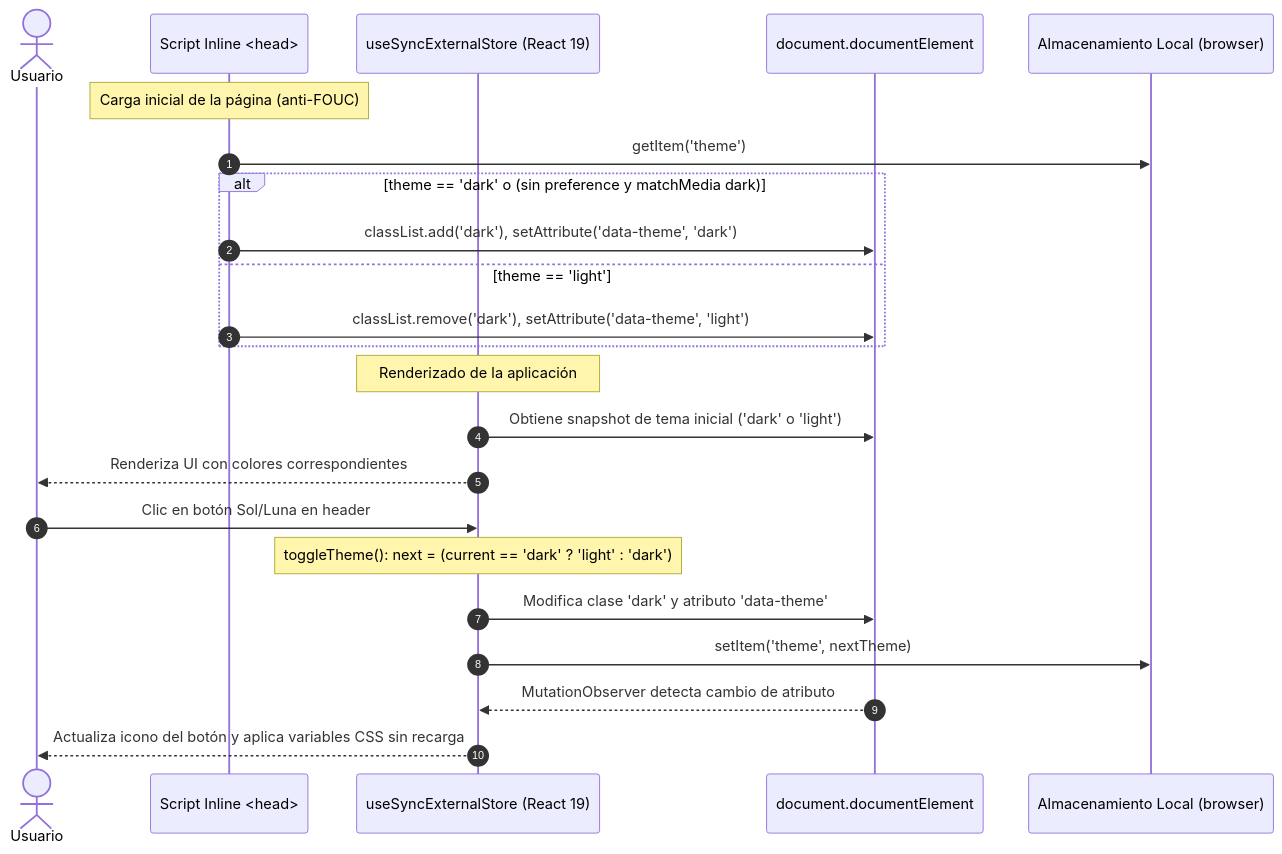
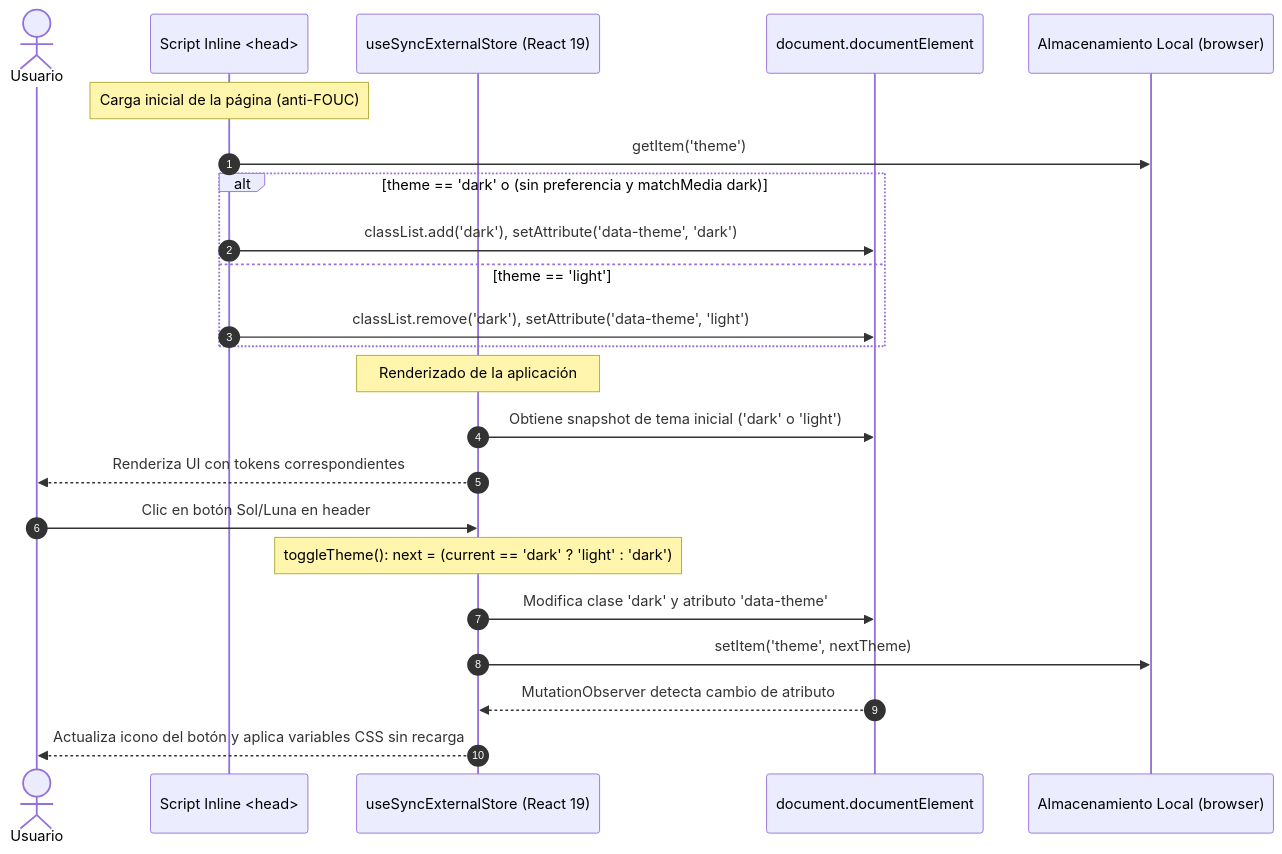
The fifth of 5 diagrams in specs/008-frontend-gestion-servicios/ssd.md (LERIDA125/Fletes_y_Mudanzas_PPP_Trabajo_Practico), drawn with Mermaid before and after one commit. The commit also changed other lines of this file and 3 other files, not shown here.

````diff
--- a/specs/008-frontend-gestion-servicios/ssd.md
+++ b/specs/008-frontend-gestion-servicios/ssd.md
@@ -135,28 +242,28 @@
 ```mermaid
 sequenceDiagram
     autonumber
     actor Usuario as Usuario
     participant Head as Script Inline <head>
     participant Store as useSyncExternalStore (React 19)
     participant DOM as document.documentElement
     participant LocalStorage as Almacenamiento Local (browser)
 
     Note over Head: Carga inicial de la página (anti-FOUC)
     Head->>LocalStorage: getItem('theme')
-    alt theme == 'dark' o (sin preference y matchMedia dark)
+    alt theme == 'dark' o (sin preferencia y matchMedia dark)
         Head->>DOM: classList.add('dark'), setAttribute('data-theme', 'dark')
     else theme == 'light'
         Head->>DOM: classList.remove('dark'), setAttribute('data-theme', 'light')
     end
 
     Note over Store: Renderizado de la aplicación
     Store->>DOM: Obtiene snapshot de tema inicial ('dark' o 'light')
-    Store-->>Usuario: Renderiza UI con colores correspondientes
-    
+    Store-->>Usuario: Renderiza UI con tokens correspondientes
+
     Usuario->>Store: Clic en botón Sol/Luna en header
     Note over Store: toggleTheme(): next = (current == 'dark' ? 'light' : 'dark')
     Store->>DOM: Modifica clase 'dark' y atributo 'data-theme'
     Store->>LocalStorage: setItem('theme', nextTheme)
     DOM-->>Store: MutationObserver detecta cambio de atributo
     Store-->>Usuario: Actualiza icono del botón y aplica variables CSS sin recarga
 ```
````
